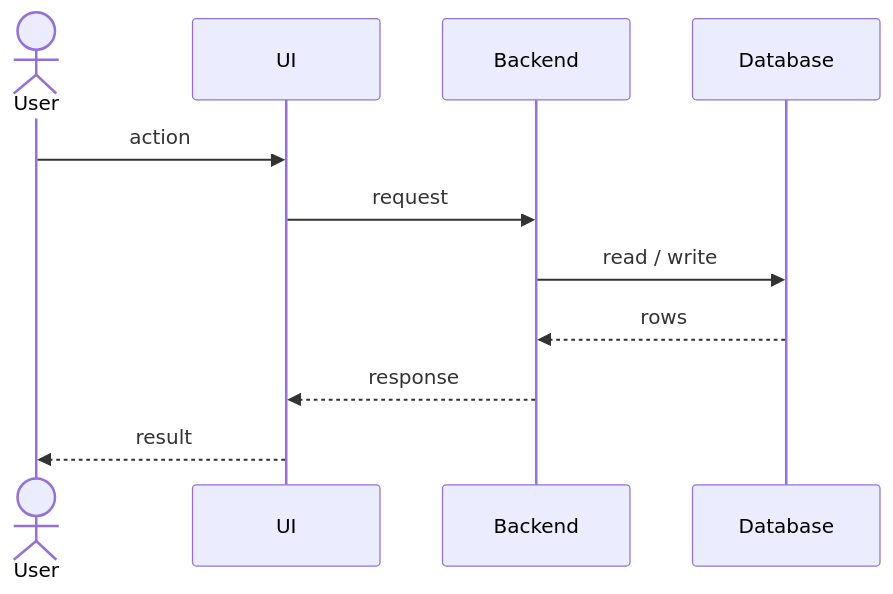
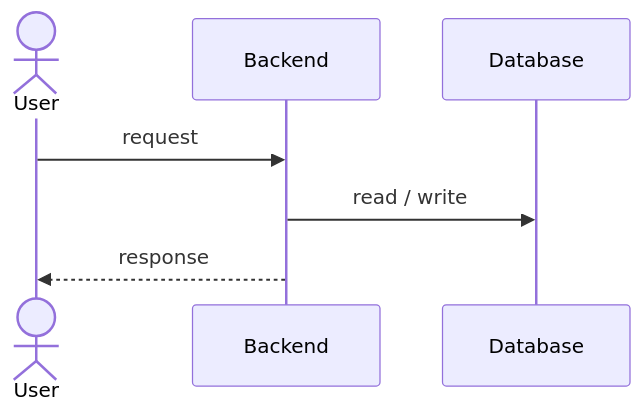
Before and after one commit to El-Sayed-Mustafa/visual-project-os: the diagram in kit/.project-brain/flows/_template.md, drawn with Mermaid. The commit also changed other lines of this file and 26 other files, not shown here.

Commit message:
Redesign viewer and add a writing budget: diagrams first, fewer words

````diff
--- a/kit/.project-brain/flows/_template.md
+++ b/kit/.project-brain/flows/_template.md
@@ -7,13 +5,9 @@
 ```mermaid
 sequenceDiagram
   actor U as User
-  participant UI as UI
   participant API as Backend
   participant DB as Database
-  U->>UI: action
-  UI->>API: request
+  U->>API: request
   API->>DB: read / write
-  DB-->>API: rows
-  API-->>UI: response
-  UI-->>U: result
+  API-->>U: response
 ```
````
